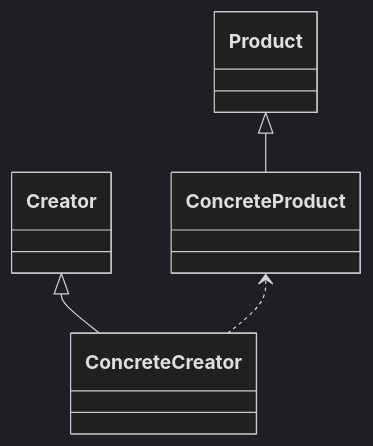
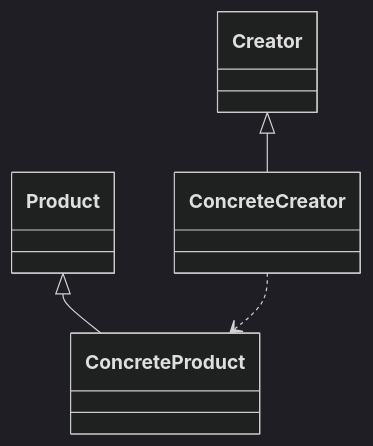
Before and after one commit to t-mochizuki/cpp-study: the diagram in Design pattern/README.md, drawn with Mermaid (dark theme).

Commit message:
Update a diagram of factory method pattern

````diff
--- a/Design pattern/README.md
+++ b/Design pattern/README.md
@@ -10,6 +10,6 @@
 ```mermaid
 classDiagram
      Creator <|-- ConcreteCreator
      Product <|-- ConcreteProduct
-     ConcreteProduct <.. ConcreteCreator
+     ConcreteCreator ..> ConcreteProduct
 ```
````
